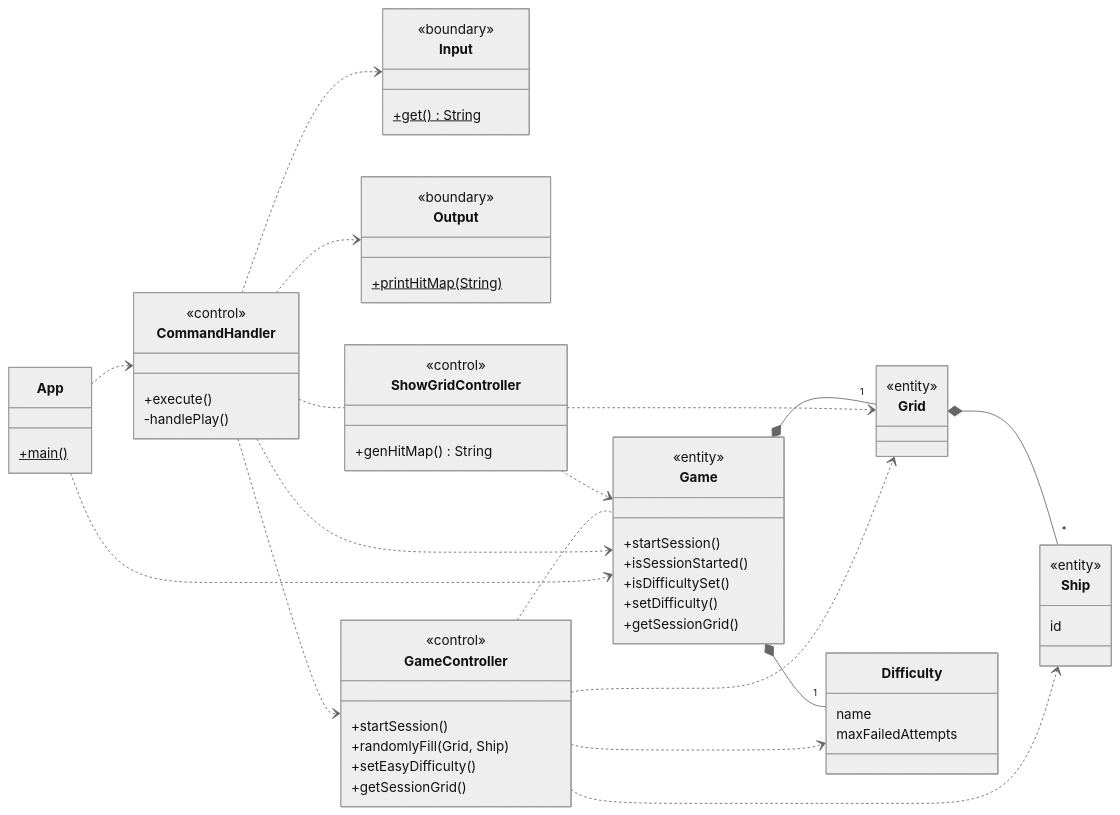
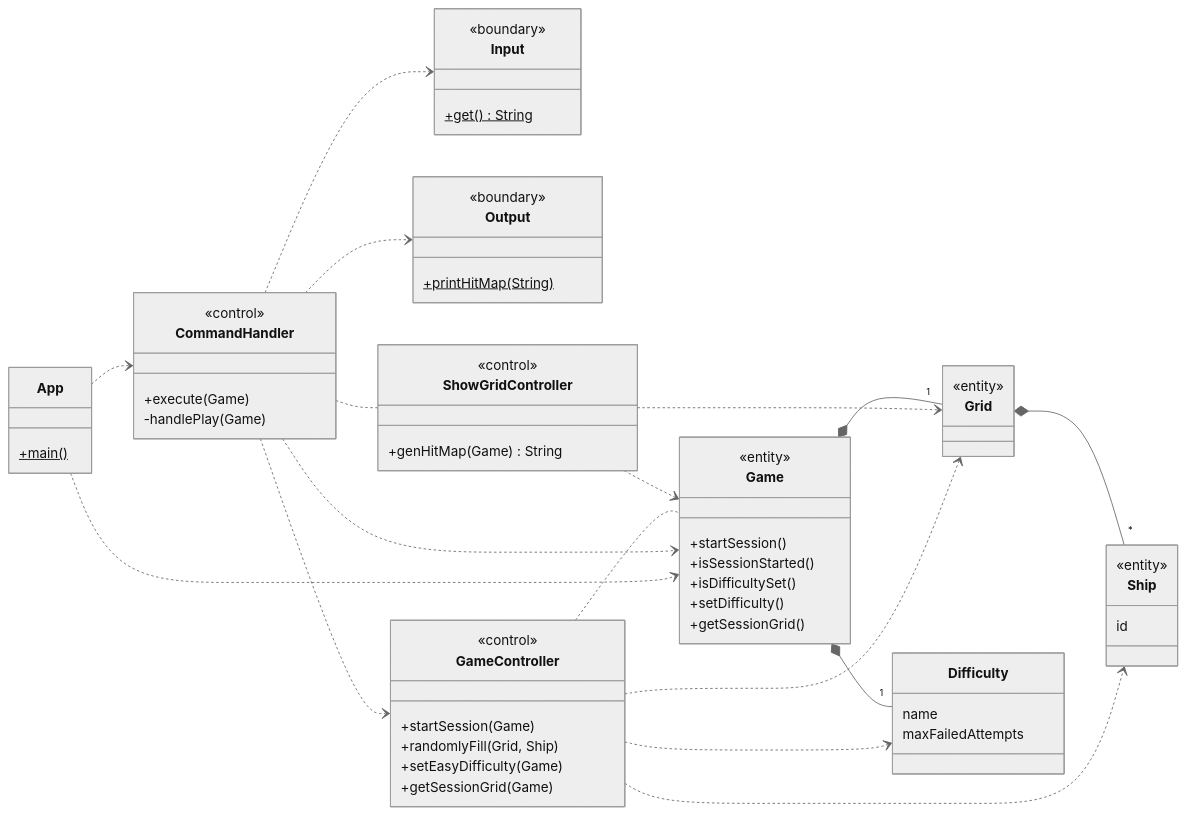
The third of 7 diagrams in docs/Report.md (softeng2223-inf-uniba/progetto2223-thacker), drawn with Mermaid (neutral theme) before and after one commit. The commit also changed other lines of this file, not shown here.

Commit message:
Aggiornata sezione 5 in Report
Aggiunti parametri mancanti in diagrammi delle classi

````diff
--- a/docs/Report.md
+++ b/docs/Report.md
@@ -249,82 +249,82 @@
 ```mermaid
 classDiagram
   direction LR
 
   class App {
     +main()$
   }
 
   App ..> Game
   App ..> CommandHandler
 
   class Input {
     +get()$ String
   }
   <<boundary>> Input
 
   class Output {
     +printHitMap(String)$
   }
   <<boundary>> Output
 
   class CommandHandler {
-    +execute()
-    -handlePlay()
+    +execute(Game)
+    -handlePlay(Game)
   }
   <<control>> CommandHandler
 
   CommandHandler ..> Input
   CommandHandler ..> Output
   CommandHandler ..> Game
   CommandHandler ..> GameController
   CommandHandler .. ShowGridController
 
   class GameController {
-    +startSession()
+    +startSession(Game)
     +randomlyFill(Grid, Ship)
-    +setEasyDifficulty()
-    +getSessionGrid()
+    +setEasyDifficulty(Game)
+    +getSessionGrid(Game)
   }
   <<control>> GameController
 
   GameController .. Game
   GameController ..> Grid
   GameController ..> Ship
   GameController ..> Difficulty
 
   class ShowGridController {
-    +genHitMap() String
+    +genHitMap(Game) String
   }
   <<control>> ShowGridController
 
   ShowGridController ..> Game
   ShowGridController ..> Grid
 
   class Game {
     +startSession()
     +isSessionStarted()
     +isDifficultySet()
     +setDifficulty()
     +getSessionGrid()
   }
   <<entity>> Game
 
   Game *-- "1" Difficulty
   Game *-- "1" Grid
 
   class Grid
   <<entity>> Grid
 
   Grid *-- "*" Ship
 
   class Difficulty {
     name
     maxFailedAttempts
   }
 
   class Ship {
     id
   }
   <<entity>> Ship
 
 ```
````
